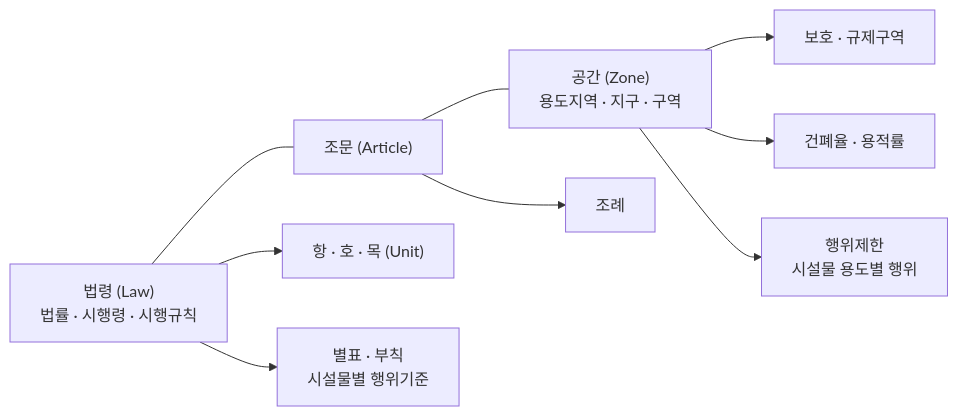
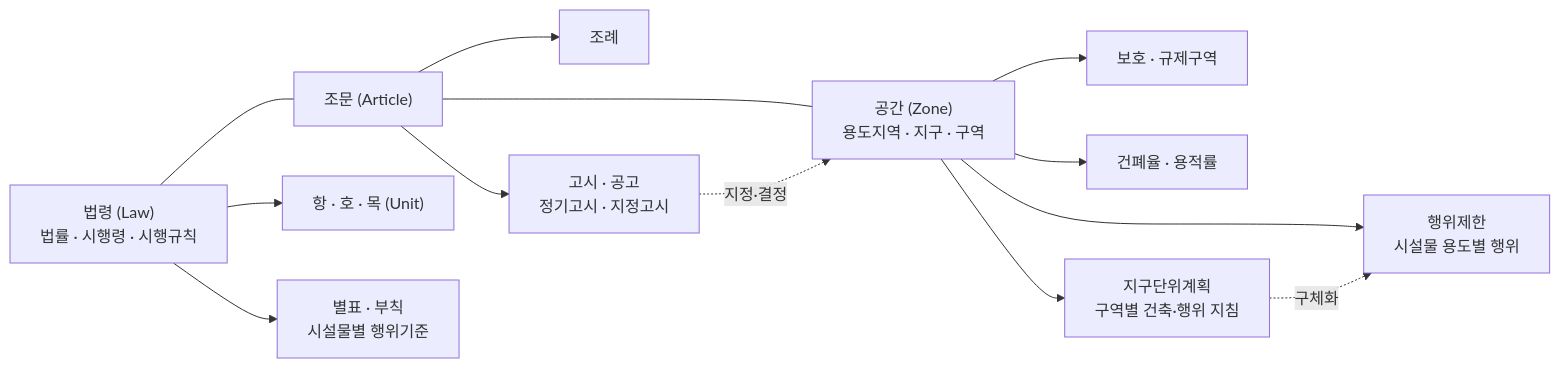
One commit to madlrengg100/permit-copilot changed the third of 7 diagrams in docs/MCP-AGENT-SEQUENCE1.md. Above: the diagram before and after it, drawn with Mermaid. The commit also changed other lines of this file, not shown here.

Commit message:
docs(MCP-AGENT-SEQUENCE1): DB 연계도·온톨로지·ReAct 기능순서·용어 정리

````diff
--- a/docs/MCP-AGENT-SEQUENCE1.md
+++ b/docs/MCP-AGENT-SEQUENCE1.md
@@ -70,16 +92,20 @@
 ```mermaid
 flowchart LR
     LAW["법령 (Law)<br/>법률 · 시행령 · 시행규칙"]
     ART["조문 (Article)"]
     ZONE["공간 (Zone)<br/>용도지역 · 지구 · 구역"]
 
     LAW --- ART
     ART --- ZONE
 
     LAW --> U1["항 · 호 · 목 (Unit)"]
     LAW --> U2["별표 · 부칙<br/>시설물별 행위기준"]
     ART --> ORD["조례"]
+    ART --> NOTI["고시 · 공고<br/>정기고시 · 지정고시"]
     ZONE --> Z1["보호 · 규제구역"]
     ZONE --> Z2["건폐율 · 용적률"]
     ZONE --> Z3["행위제한<br/>시설물 용도별 행위"]
+    ZONE --> DUP["지구단위계획<br/>구역별 건축·행위 지침"]
+    NOTI -.->|지정·결정| ZONE
+    DUP -.->|구체화| Z3
 ```
````
